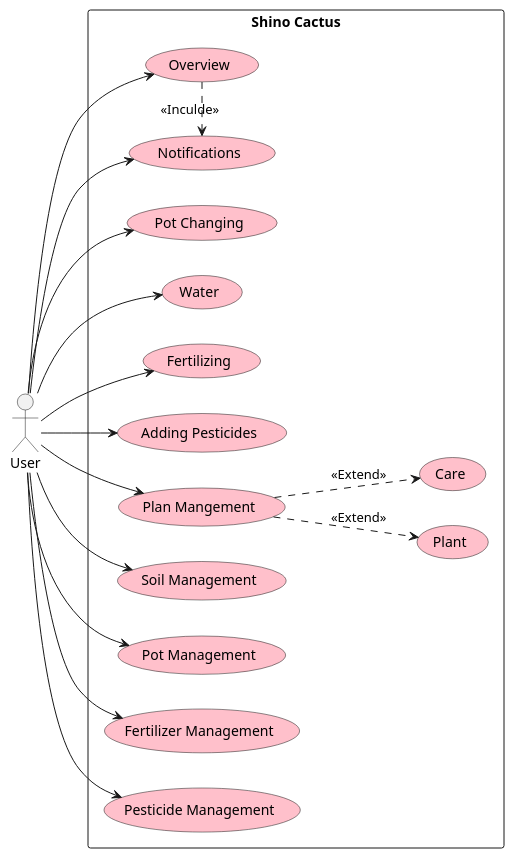
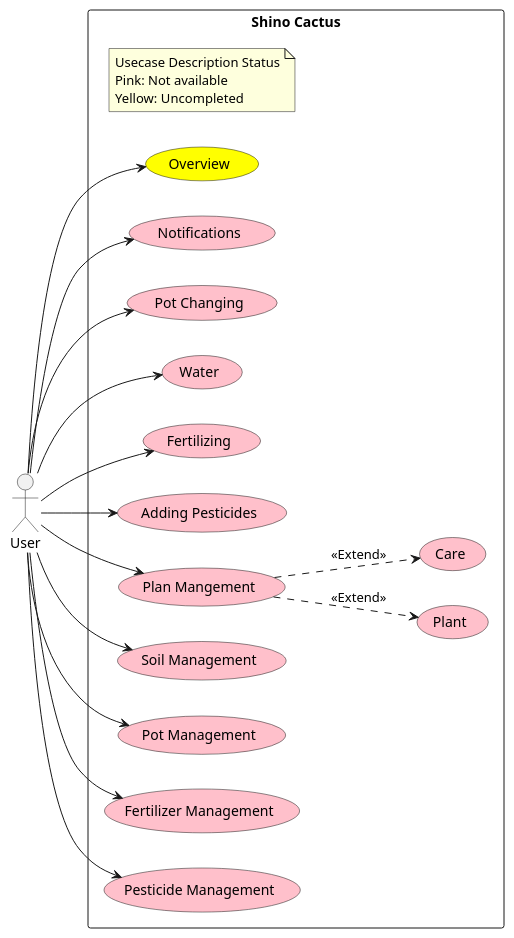
Before and after one commit to Shinodari/CactusMan-Analysis: the diagram in UML/Concept.puml, drawn with PlantUML. The commit also changed 2 other files, not shown here.

Commit message:
fix(usecase & des 1.1): notification not include

```diff
--- a/UML/Concept.puml
+++ b/UML/Concept.puml
@@ -1,36 +1,39 @@
 @startuml Usecase
 left to right direction
 actor User
-rectangle "Shino Cactus"{
-    usecase Overview #pink
+rectangle "Shino Cactus" as ShinoCactus{
+    note "Usecase Description Status\nPink: Not available\nYellow: Uncompleted" as CommonNote
+
+    usecase Overview #Yellow
     usecase Notifications #pink
     usecase "Pot Changing" as PotC #pink
     usecase Water #pink
     usecase Fertilizing #pink 
     usecase "Adding Pesticides" as APesticides #pink
     usecase "Plan Mangement" as PlanM #pink
     usecase Plant #pink
     usecase Care #pink
     usecase "Soil Management" as SoilM #pink
     usecase "Pot Management" as PotM #pink
     usecase "Fertilizer Management" as FertilizerM #pink
     usecase "Pesticide Management" as PesticideM #pink
 }
 
+
 User --> Overview
 User --> Notifications
 User --> PotC
 User --> Water
 User --> Fertilizing
 User --> APesticides
 User --> PlanM
 User --> SoilM
 User --> PotM
 User --> FertilizerM
 User --> PesticideM
 
-Overview .> Notifications : <<Inculde>>
-
 PlanM ..> Plant : <<Extend>>
 PlanM ..> Care : <<Extend>>
+
+
 @enduml
```
